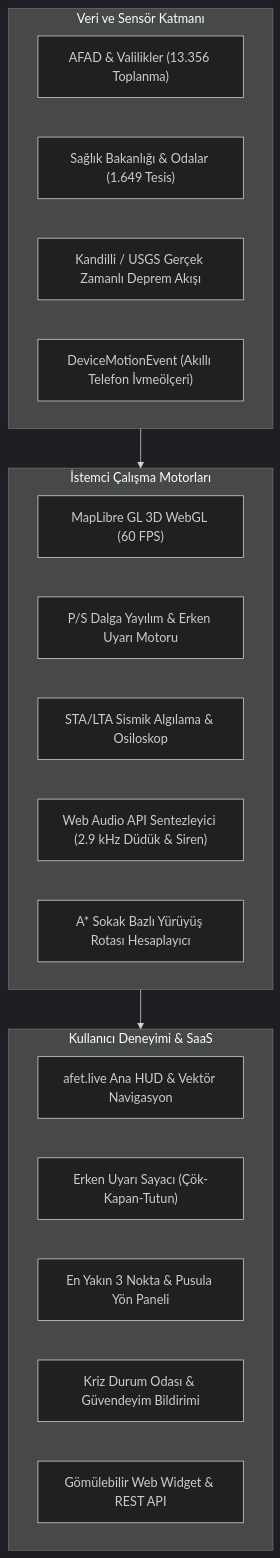
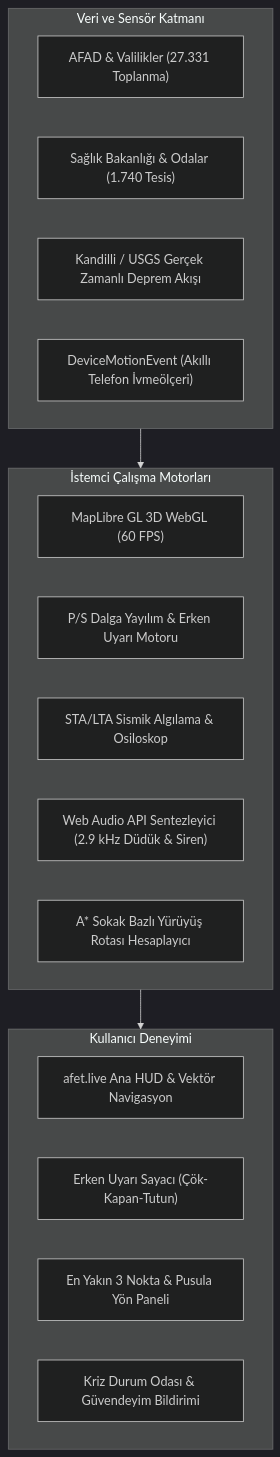
Before and after one commit to himmetaga/turkiye-afet-haritasi: the diagram in README.md, drawn with Mermaid (dark theme). The commit also changed other lines of this file and 20 other files, not shown here.

Commit message:
feat: 27k+ afad toplanma alani, kilitli gps ve tek odakli sismik mimari

````diff
--- a/README.md
+++ b/README.md
@@ -88,28 +78,27 @@
 ```mermaid
 flowchart TD
     subgraph DataLayer["Veri ve Sensör Katmanı"]
-        A["AFAD & Valilikler (13.356 Toplanma)"]
-        B["Sağlık Bakanlığı & Odalar (1.649 Tesis)"]
+        A["AFAD & Valilikler (27.331 Toplanma)"]
+        B["Sağlık Bakanlığı & Odalar (1.740 Tesis)"]
         C["Kandilli / USGS Gerçek Zamanlı Deprem Akışı"]
         D["DeviceMotionEvent (Akıllı Telefon İvmeölçeri)"]
     end
 
     subgraph CoreEngines["İstemci Çalışma Motorları"]
         E["MapLibre GL 3D WebGL (60 FPS)"]
         F["P/S Dalga Yayılım & Erken Uyarı Motoru"]
         G["STA/LTA Sismik Algılama & Osiloskop"]
         H["Web Audio API Sentezleyici (2.9 kHz Düdük & Siren)"]
         I["A* Sokak Bazlı Yürüyüş Rotası Hesaplayıcı"]
     end
 
-    subgraph UserInterface["Kullanıcı Deneyimi & SaaS"]
+    subgraph UserInterface["Kullanıcı Deneyimi"]
         J["afet.live Ana HUD & Vektör Navigasyon"]
         K["Erken Uyarı Sayacı (Çök-Kapan-Tutun)"]
         L["En Yakın 3 Nokta & Pusula Yön Paneli"]
         M["Kriz Durum Odası & Güvendeyim Bildirimi"]
-        N["Gömülebilir Web Widget & REST API"]
     end
 
     DataLayer --> CoreEngines
     CoreEngines --> UserInterface
 ```
````
